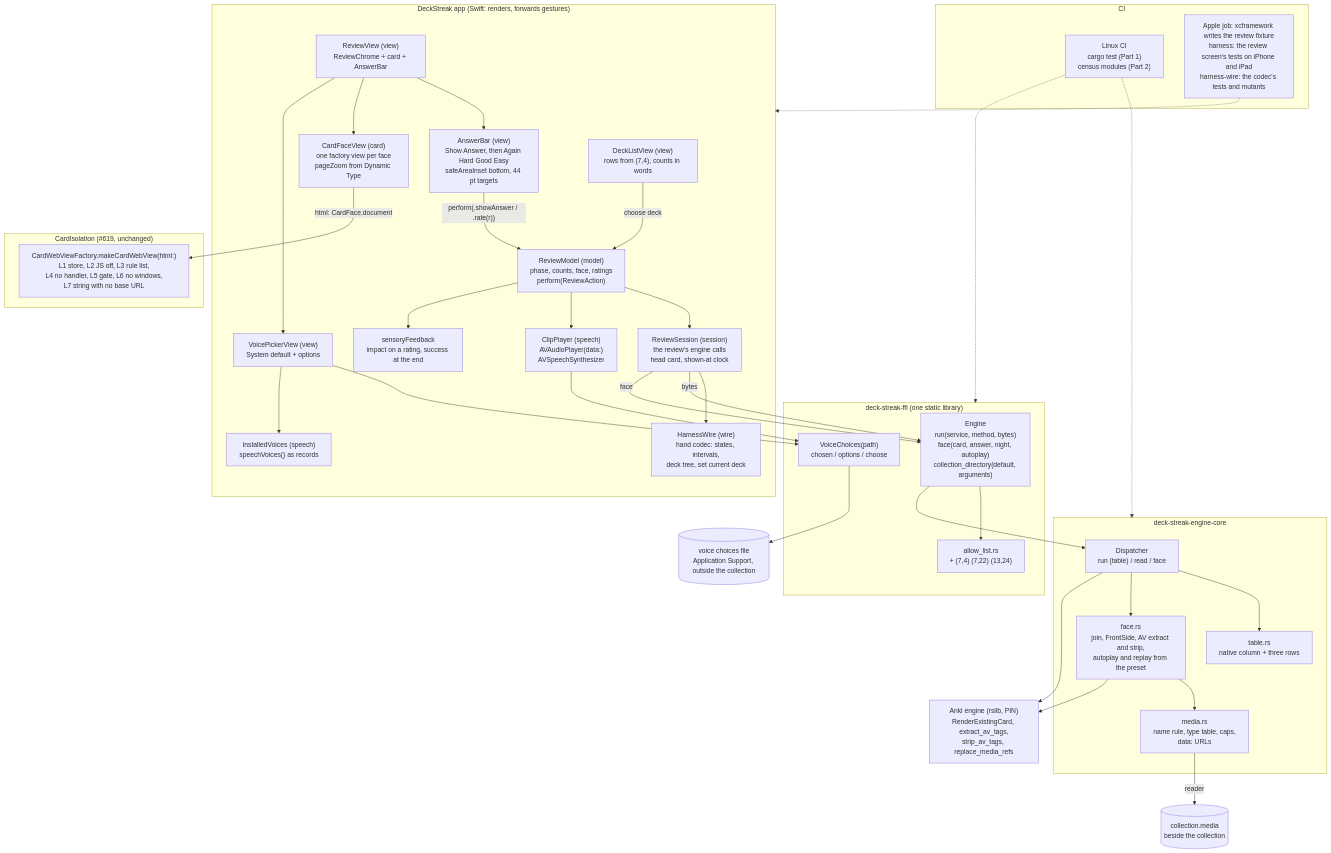
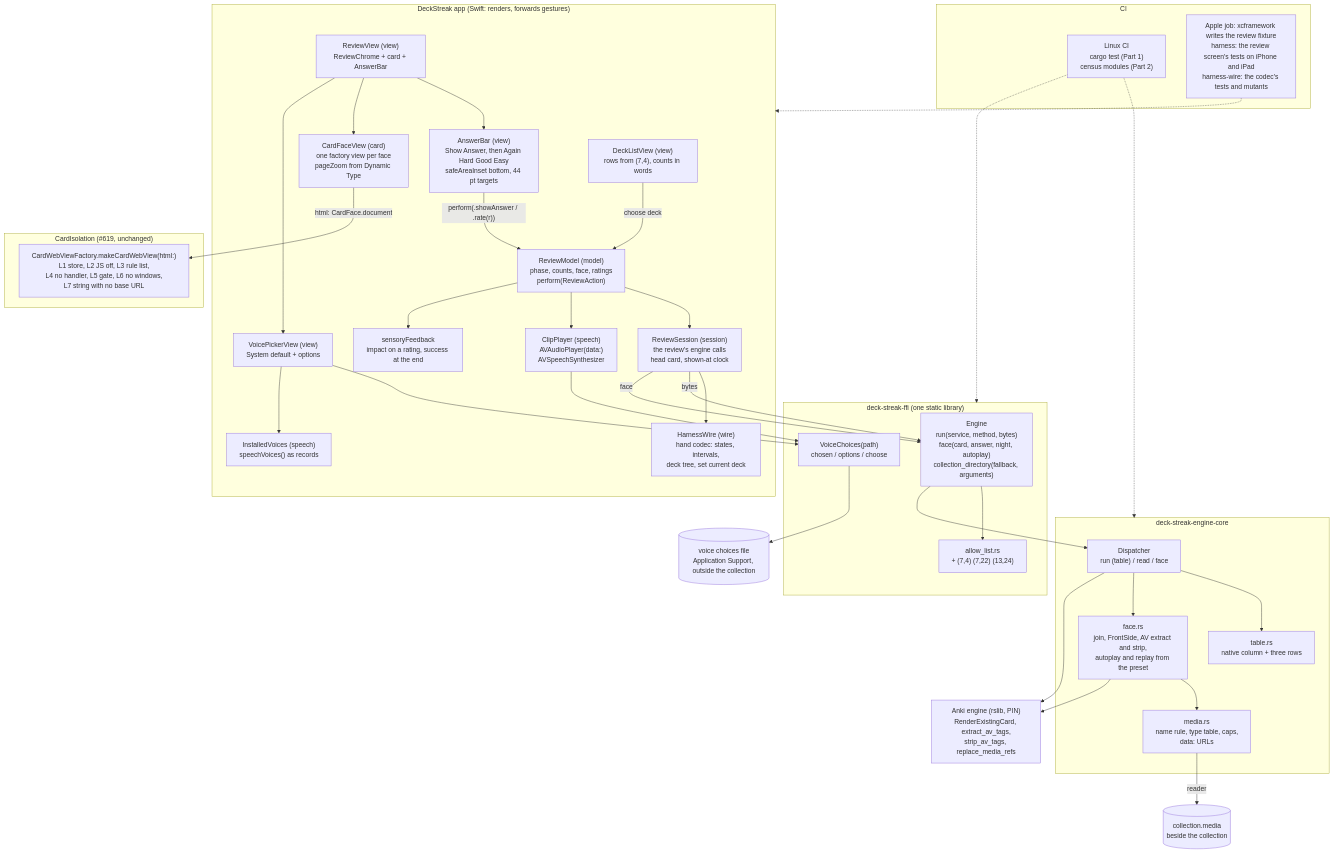
The first of 3 diagrams in docs/schematics/ios-review-screen.md (RexRenatus/deck-streak), drawn with Mermaid before and after one commit. The commit also changed 3 other files, not shown here.

````diff
--- a/docs/schematics/ios-review-screen.md
+++ b/docs/schematics/ios-review-screen.md
@@ -14,65 +14,65 @@
 ```mermaid
 flowchart TB
   subgraph App["DeckStreak app (Swift: renders, forwards gestures)"]
     DL["DeckListView (view)<br/>rows from (7,4), counts in words"]
     RV["ReviewView (view)<br/>ReviewChrome + card + AnswerBar"]
     AB["AnswerBar (view)<br/>Show Answer, then Again Hard Good Easy<br/>safeAreaInset bottom, 44 pt targets"]
     VP["VoicePickerView (view)<br/>System default + options"]
     RM["ReviewModel (model)<br/>phase, counts, face, ratings<br/>perform(ReviewAction)"]
     RS["ReviewSession (session)<br/>the review's engine calls<br/>head card, shown-at clock"]
     CF["CardFaceView (card)<br/>one factory view per face<br/>pageZoom from Dynamic Type"]
     CP["ClipPlayer (speech)<br/>AVAudioPlayer(data:)<br/>AVSpeechSynthesizer"]
     IV["InstalledVoices (speech)<br/>speechVoices() as records"]
     HW["HarnessWire (wire)<br/>hand codec: states, intervals,<br/>deck tree, set current deck"]
     HP["sensoryFeedback<br/>impact on a rating, success at the end"]
   end
   subgraph Iso["CardIsolation (#619, unchanged)"]
     FAC["CardWebViewFactory.makeCardWebView(html:)<br/>L1 store, L2 JS off, L3 rule list,<br/>L4 no handler, L5 gate, L6 no windows,<br/>L7 string with no base URL"]
   end
   subgraph FFI["deck-streak-ffi (one static library)"]
-    ENG["Engine<br/>run(service, method, bytes)<br/>face(card, answer, night, autoplay)<br/>collection_directory(default, arguments)"]
+    ENG["Engine<br/>run(service, method, bytes)<br/>face(card, answer, night, autoplay)<br/>collection_directory(fallback, arguments)"]
     VC["VoiceChoices(path)<br/>chosen / options / choose"]
     AL["allow_list.rs<br/>+ (7,4) (7,22) (13,24)"]
   end
   subgraph Core["deck-streak-engine-core"]
     DSP["Dispatcher<br/>run (table) / read / face"]
     FACE["face.rs<br/>join, FrontSide, AV extract and strip,<br/>autoplay and replay from the preset"]
     MED["media.rs<br/>name rule, type table, caps,<br/>data: URLs"]
     TBL["table.rs<br/>native column + three rows"]
   end
   RUST["Anki engine (rslib, PIN)<br/>RenderExistingCard, extract_av_tags,<br/>strip_av_tags, replace_media_refs"]
   MF[("collection.media<br/>beside the collection")]
   VF[("voice choices file<br/>Application Support, outside the collection")]
   subgraph CI["CI"]
     LNX["Linux CI<br/>cargo test (Part 1)<br/>census modules (Part 2)"]
     MAC["Apple job: xcframework writes the review fixture<br/>harness: the review screen's tests on iPhone and iPad<br/>harness-wire: the codec's tests and mutants"]
   end
 
   DL -->|choose deck| RM
   RV --> AB
   RV --> CF
   RV --> VP
   AB -->|"perform(.showAnswer / .rate(r))"| RM
   RM --> RS
   RM --> CP
   RM --> HP
   VP --> VC
   VP --> IV
   CP --> VC
   CF -->|"html: CardFace.document"| FAC
   RS --> HW
   RS -->|bytes| ENG
   RS -->|face| ENG
   ENG --> AL
   ENG --> DSP
   DSP --> TBL
   DSP --> FACE
   FACE --> MED
   FACE --> RUST
   MED -->|reader| MF
   DSP --> RUST
   VC --> VF
   LNX -.-> Core
   LNX -.-> FFI
   MAC -.-> App
 ```
````
